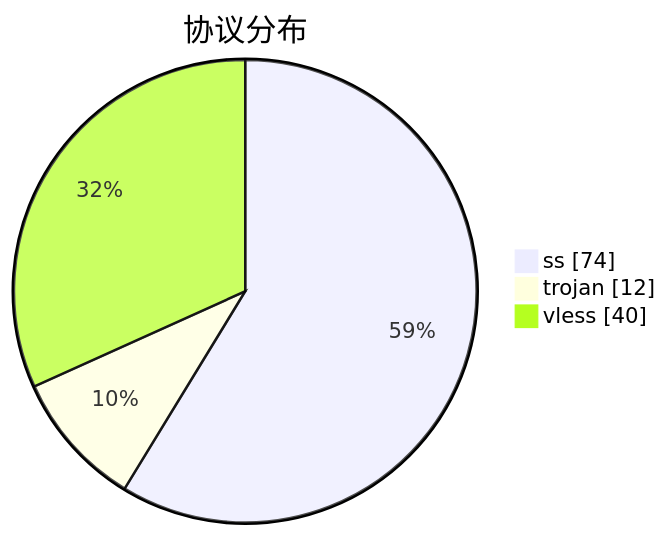
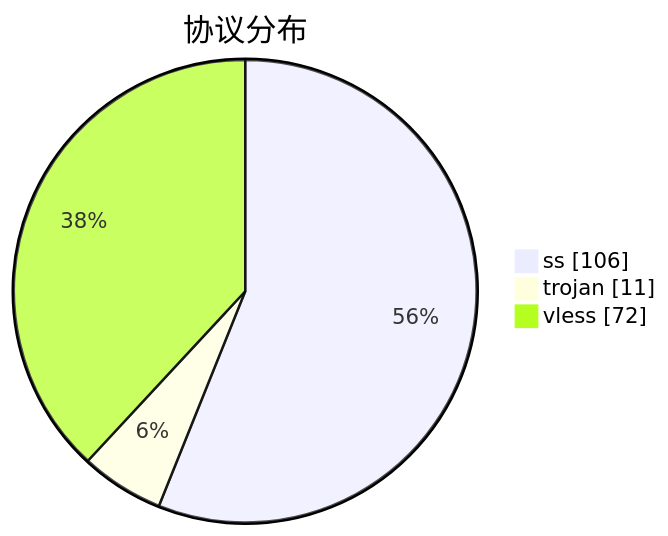
The third of 3 diagrams in subs/statistics/tested_within.md (qjlxg/airport), drawn with Mermaid before and after one commit. The commit also changed other lines of this file and 2 other files, not shown here.

````diff
--- a/subs/statistics/tested_within.md
+++ b/subs/statistics/tested_within.md
@@ -31,7 +31,7 @@
 ```mermaid
 pie showData
 title 协议分布
-"ss" : 74
-"trojan" : 12
-"vless" : 40
+"ss" : 106
+"trojan" : 11
+"vless" : 72
 ```
````
